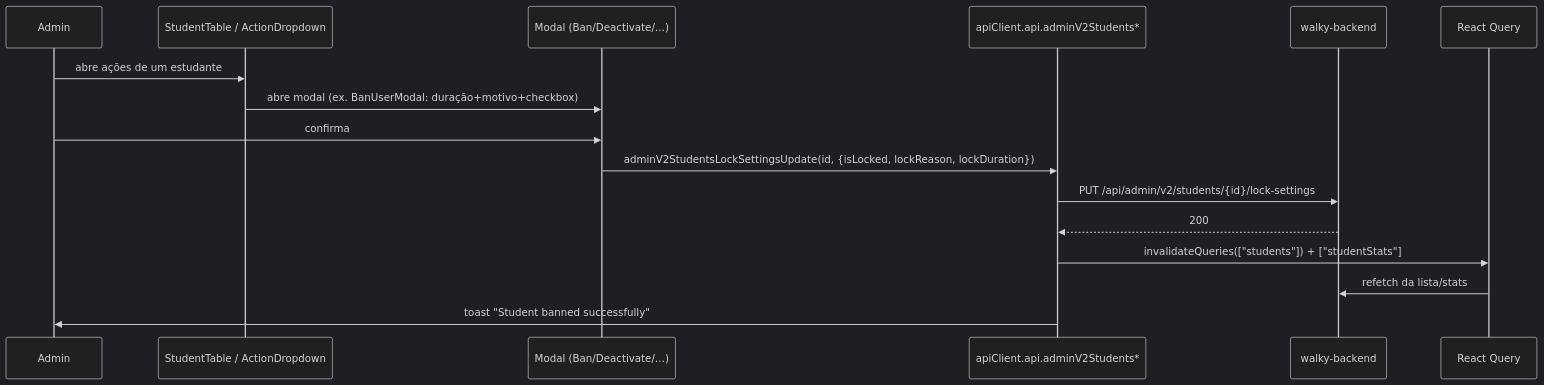
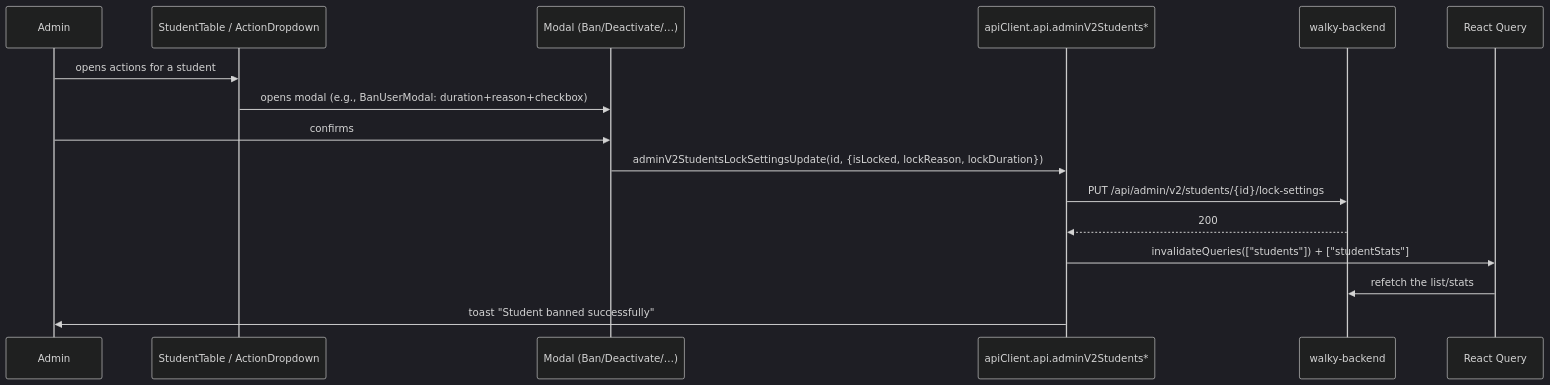
One commit to Walky-App/walky-admin changed the eighth of 15 diagrams in docs/workflows.md. Above: the diagram before and after it, drawn with Mermaid (dark theme). The commit also changed other lines of this file and 12 other files, not shown here.

````diff
--- a/docs/workflows.md
+++ b/docs/workflows.md
@@ -418,19 +420,19 @@
 ```mermaid
 sequenceDiagram
     participant U as Admin
     participant Tbl as StudentTable / ActionDropdown
     participant M as Modal (Ban/Deactivate/…)
     participant API as apiClient.api.adminV2Students*
     participant BE as walky-backend
     participant RQ as React Query
 
-    U->>Tbl: abre ações de um estudante
-    Tbl->>M: abre modal (ex. BanUserModal: duração+motivo+checkbox)
-    U->>M: confirma
+    U->>Tbl: opens actions for a student
+    Tbl->>M: opens modal (e.g., BanUserModal: duration+reason+checkbox)
+    U->>M: confirms
     M->>API: adminV2StudentsLockSettingsUpdate(id, {isLocked, lockReason, lockDuration})
     API->>BE: PUT /api/admin/v2/students/{id}/lock-settings
     BE-->>API: 200
     API->>RQ: invalidateQueries(["students"]) + ["studentStats"]
-    RQ->>BE: refetch da lista/stats
+    RQ->>BE: refetch the list/stats
     API->>U: toast "Student banned successfully"
 ```
````
